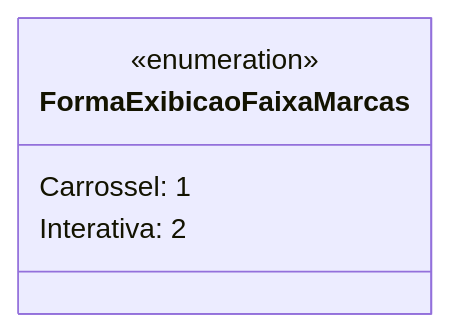
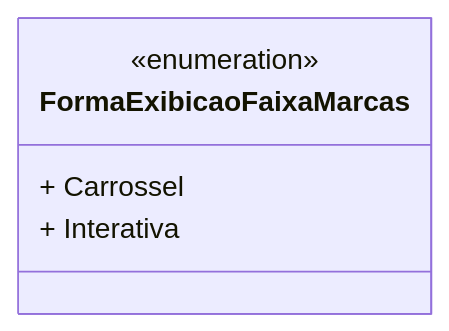
The diagram in docs/b2b-dominio/IsthmusWinthor.Nucleo/IsthmusWinthor.Dominio/Enumeradores/FormaExibicaoFaixaMarcas.md (IsthmusSistemas/documentacao-tecnica), drawn with Mermaid before and after one commit. The commit also changed other lines of this file and 882 other files, not shown here.

````diff
--- a/docs/b2b-dominio/IsthmusWinthor.Nucleo/IsthmusWinthor.Dominio/Enumeradores/FormaExibicaoFaixaMarcas.md
+++ b/docs/b2b-dominio/IsthmusWinthor.Nucleo/IsthmusWinthor.Dominio/Enumeradores/FormaExibicaoFaixaMarcas.md
@@ -11,8 +15,8 @@
 ```mermaid
 classDiagram
     class FormaExibicaoFaixaMarcas {
         <<enumeration>>
-        Carrossel: 1
-        Interativa: 2
+        + Carrossel
+        + Interativa
     }
 ```
````
